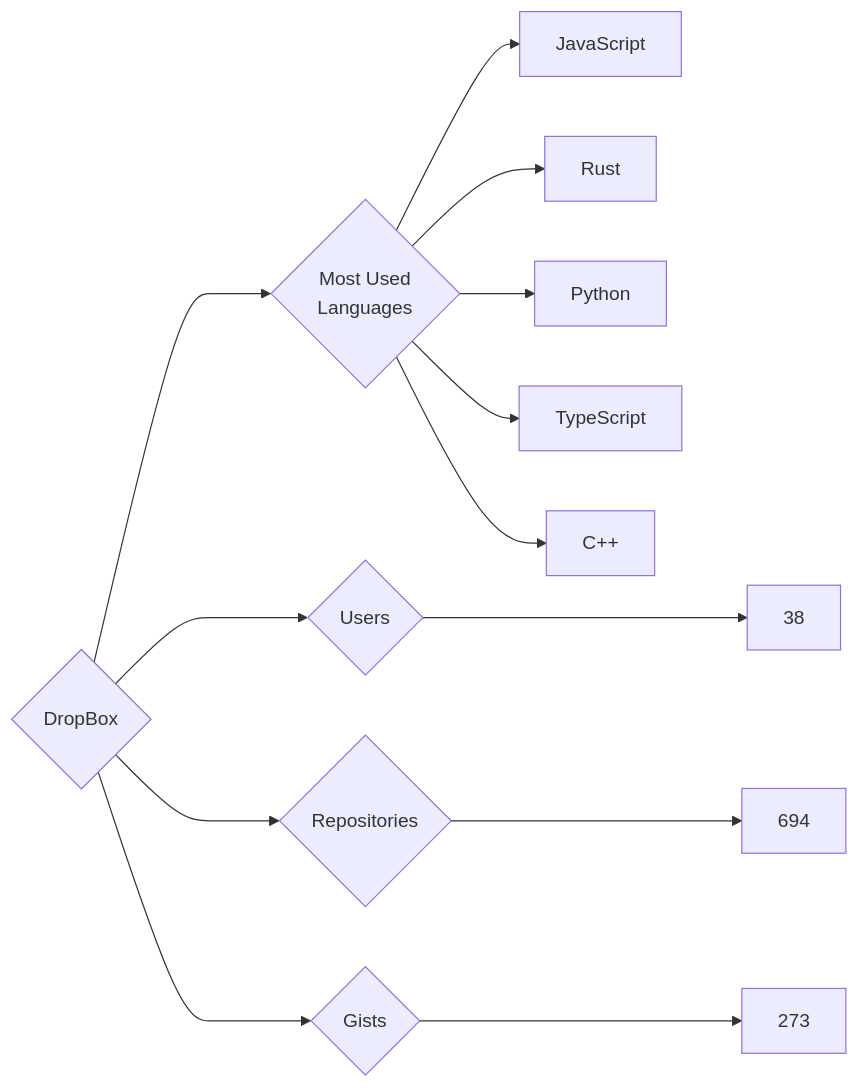
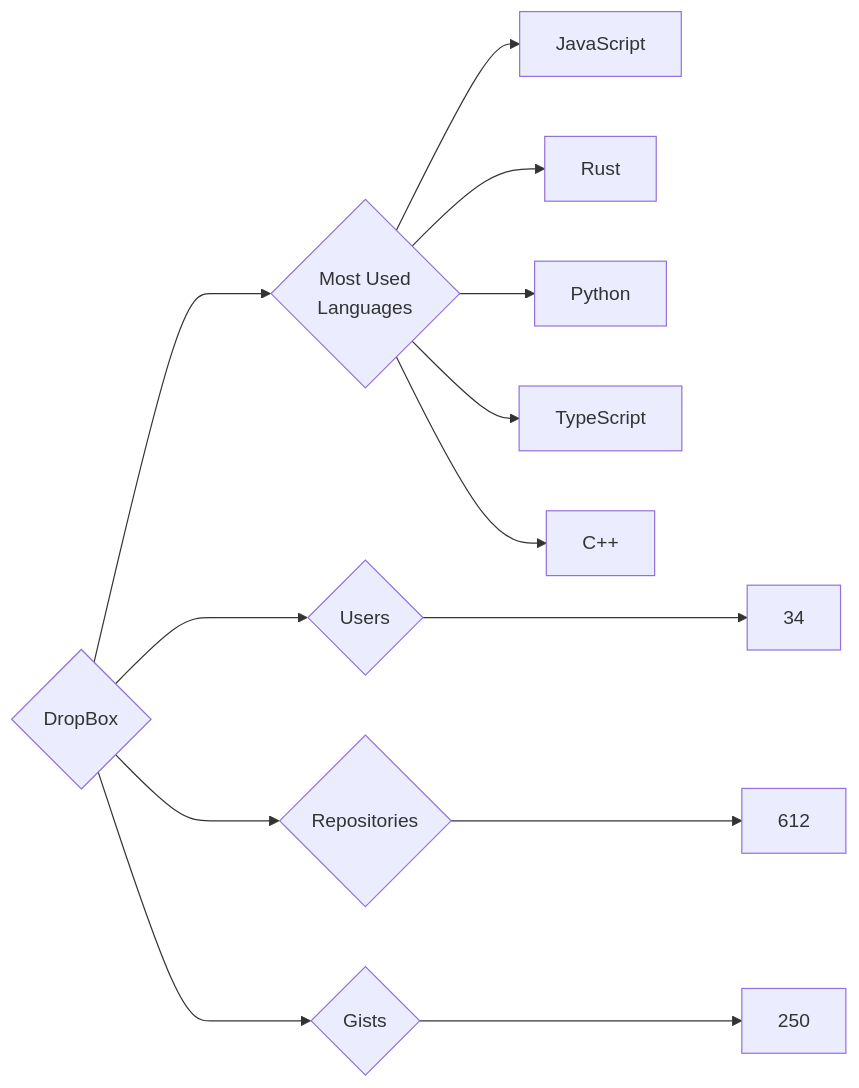
The diagram in targets/DropBox/README.md (trickest/insiders), drawn with Mermaid before and after one commit. The commit also changed 640 other files, not shown here.

````diff
--- a/targets/DropBox/README.md
+++ b/targets/DropBox/README.md
@@ -3,13 +3,13 @@
 ```mermaid
 graph LR
 COMPANY_NAME{DropBox}
-COMPANY_NAME ---> U{Users} ---> UN[38]
-COMPANY_NAME ---> R{Repositories} ---> RN[694]
-COMPANY_NAME ---> G{Gists} ---> GN[273]
+COMPANY_NAME ---> U{Users} ---> UN[34]
+COMPANY_NAME ---> R{Repositories} ---> RN[612]
+COMPANY_NAME ---> G{Gists} ---> GN[250]
 COMPANY_NAME ---> ML{Most Used<br>Languages}
 ML --> JavaScript[JavaScript]
 ML --> Rust[Rust]
 ML --> Python[Python]
 ML --> TypeScript[TypeScript]
 ML --> C++[C++]
 ```
````
